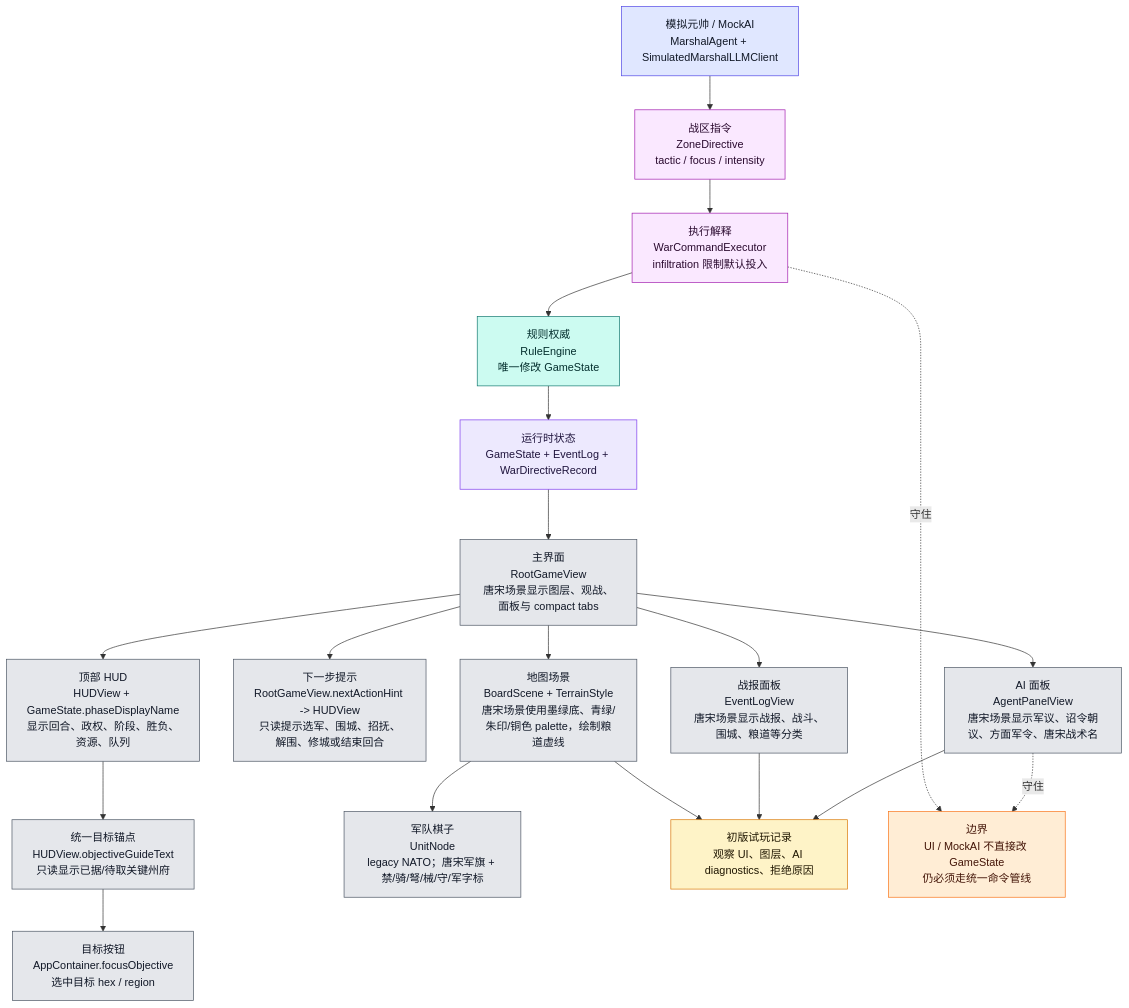
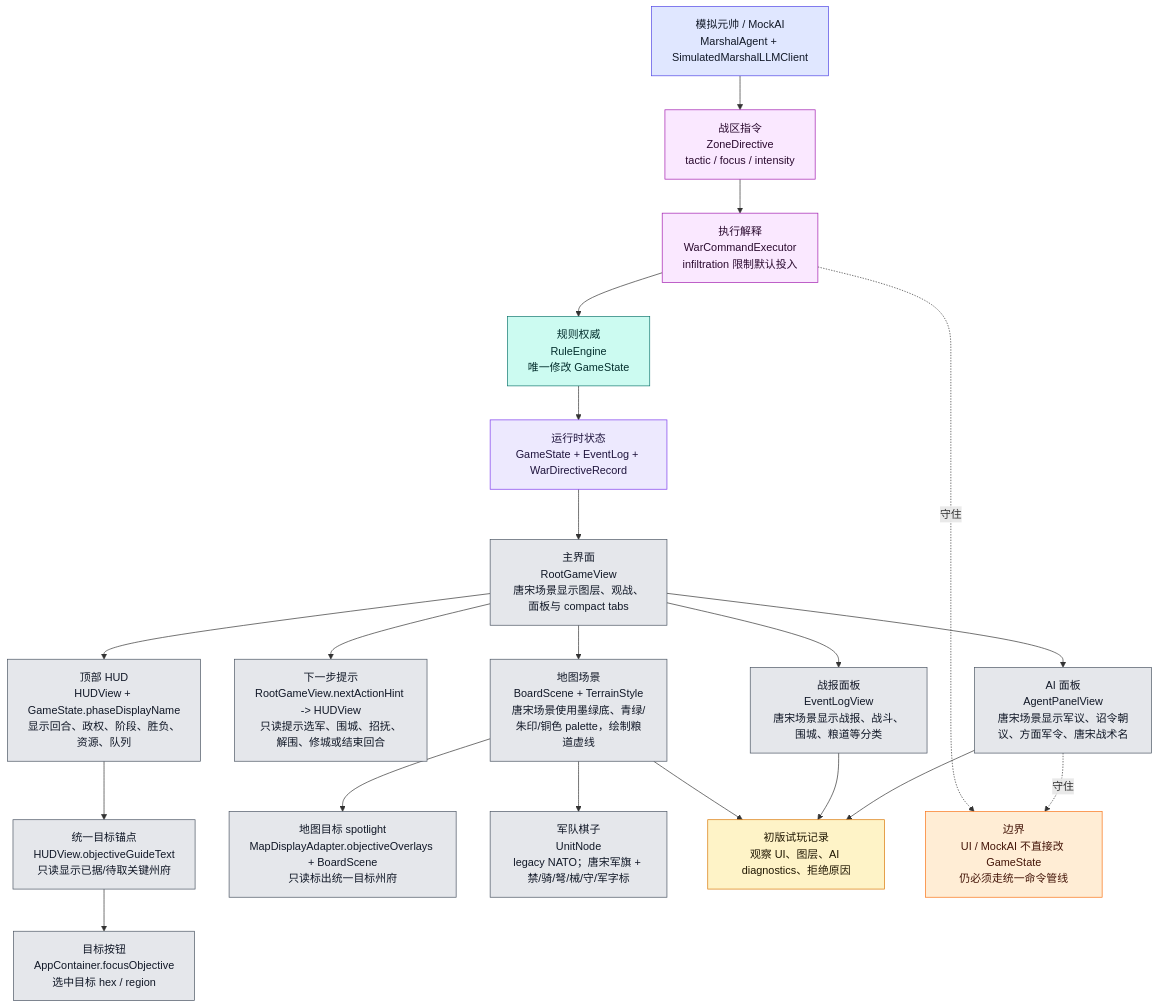
The tenth of 12 diagrams in md/flow/flowchart.md (Altman-sam114/125), drawn with Mermaid before and after one commit. The commit also changed other lines of this file and 10 other files, not shown here.

Commit message:
feat: show Tang Song objective spotlight

````diff
--- a/md/flow/flowchart.md
+++ b/md/flow/flowchart.md
@@ -538,43 +541,45 @@
 ```mermaid
 flowchart TD
     STATE["运行时状态<br/>GameState + EventLog + WarDirectiveRecord"]:::state
     ROOT["主界面<br/>RootGameView<br/>唐宋场景显示图层、观战、面板与 compact tabs"]:::ui
     HUD["顶部 HUD<br/>HUDView + GameState.phaseDisplayName<br/>显示回合、政权、阶段、胜负、资源、队列"]:::ui
     GOAL["统一目标锚点<br/>HUDView.objectiveGuideText<br/>只读显示已据/待取关键州府"]:::ui
     FOCUS["目标按钮<br/>AppContainer.focusObjective<br/>选中目标 hex / region"]:::ui
+    SPOTLIGHT["地图目标 spotlight<br/>MapDisplayAdapter.objectiveOverlays + BoardScene<br/>只读标出统一目标州府"]:::ui
     HINT["下一步提示<br/>RootGameView.nextActionHint -> HUDView<br/>只读提示选军、围城、招抚、解围、修城或结束回合"]:::ui
     LOG["战报面板<br/>EventLogView<br/>唐宋场景显示战报、战斗、围城、粮道等分类"]:::ui
     AIUI["AI 面板<br/>AgentPanelView<br/>唐宋场景显示军议、诏令朝议、方面军令、唐宋战术名"]:::ui
     BOARD["地图场景<br/>BoardScene + TerrainStyle<br/>唐宋场景使用墨绿底、青绿/朱印/铜色 palette，绘制粮道虚线"]:::ui
     UNIT["军队棋子<br/>UnitNode<br/>legacy NATO；唐宋军旗 + 禁/骑/弩/械/守/军字标"]:::ui
     MARSHAL["模拟元帅 / MockAI<br/>MarshalAgent + SimulatedMarshalLLMClient"]:::ai
     ZD["战区指令<br/>ZoneDirective<br/>tactic / focus / intensity"]:::command
     WCE["执行解释<br/>WarCommandExecutor<br/>infiltration 限制默认投入"]:::command
     RULE["规则权威<br/>RuleEngine<br/>唯一修改 GameState"]:::rules
     PLAYTEST["初版试玩记录<br/>观察 UI、图层、AI diagnostics、拒绝原因"]:::doc
 
     STATE --> ROOT
     ROOT --> HUD
     HUD --> GOAL --> FOCUS
+    BOARD --> SPOTLIGHT
     ROOT --> HINT
     ROOT --> LOG
     ROOT --> AIUI
     ROOT --> BOARD
     BOARD --> UNIT
     MARSHAL --> ZD --> WCE --> RULE --> STATE
     AIUI --> PLAYTEST
     LOG --> PLAYTEST
     BOARD --> PLAYTEST
 
     WARN["边界<br/>UI / MockAI 不直接改 GameState<br/>仍必须走统一命令管线"]:::warn
     AIUI -.守住.-> WARN
     WCE -.守住.-> WARN
 
     classDef state fill:#ede9fe,stroke:#7c3aed,color:#1f143d
     classDef ui fill:#e5e7eb,stroke:#4b5563,color:#111827
     classDef ai fill:#e0e7ff,stroke:#4f46e5,color:#111827
     classDef command fill:#fae8ff,stroke:#a21caf,color:#2a0a2f
     classDef rules fill:#ccfbf1,stroke:#0f766e,color:#042f2e
     classDef doc fill:#fef3c7,stroke:#d97706,color:#1f1600
     classDef warn fill:#ffedd5,stroke:#f97316,color:#431407
 ```
````
